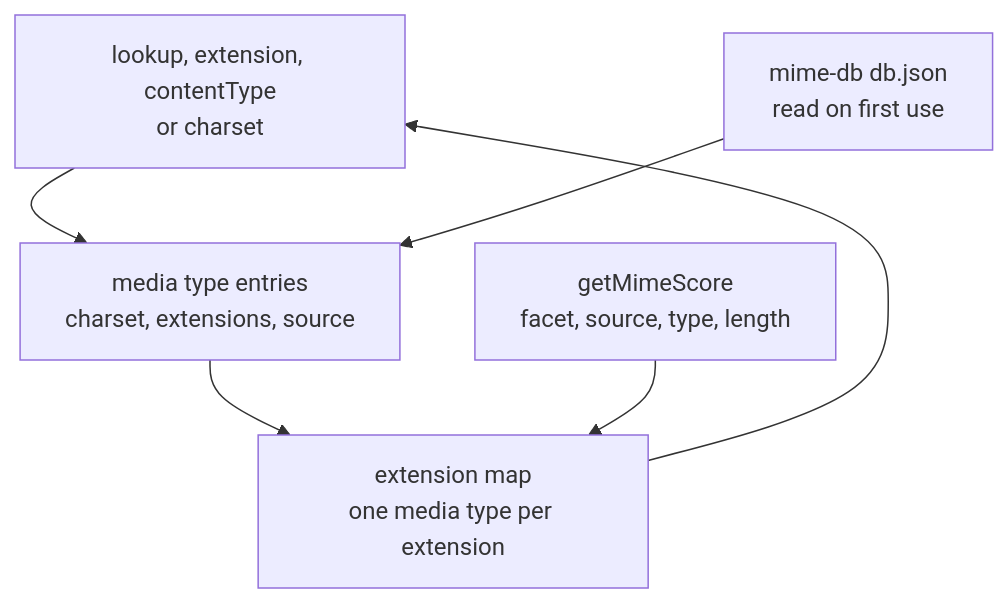
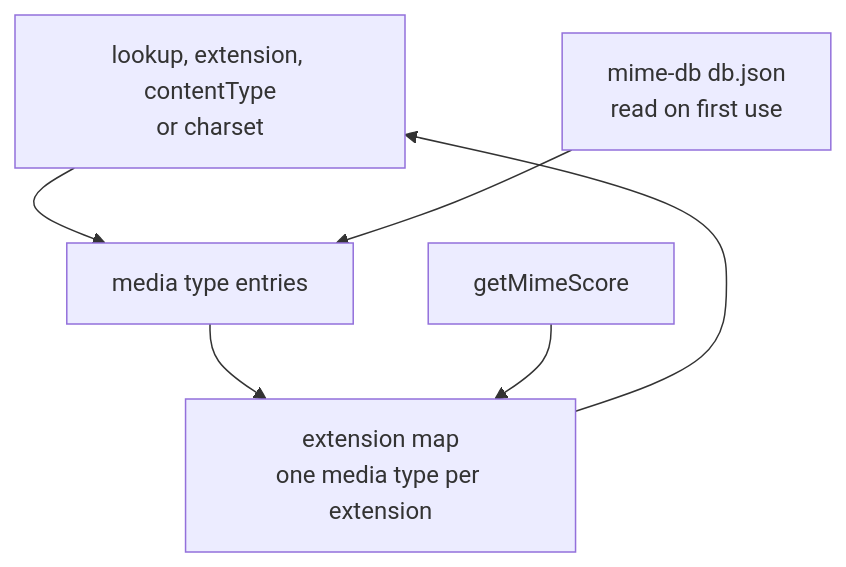
Before and after one commit to Esposter/Esposter: the diagram in openspec/specs/shared/mime-types/design.md, drawn with Mermaid. The commit also changed other lines of this file and 15 other files, not shown here.

````diff
--- a/openspec/specs/shared/mime-types/design.md
+++ b/openspec/specs/shared/mime-types/design.md
@@ -9,13 +9,13 @@
 ```mermaid
 flowchart TD
   caller["lookup, extension, contentType<br/>or charset"]
   dataset["mime-db db.json<br/>read on first use"]
-  entries["media type entries<br/>charset, extensions, source"]
-  score["getMimeScore<br/>facet, source, type, length"]
+  entries["media type entries"]
+  score["getMimeScore"]
   extensionMap["extension map<br/>one media type per extension"]
   caller --> entries
   dataset --> entries
   entries --> extensionMap
   score --> extensionMap
   extensionMap --> caller
 ```
````
